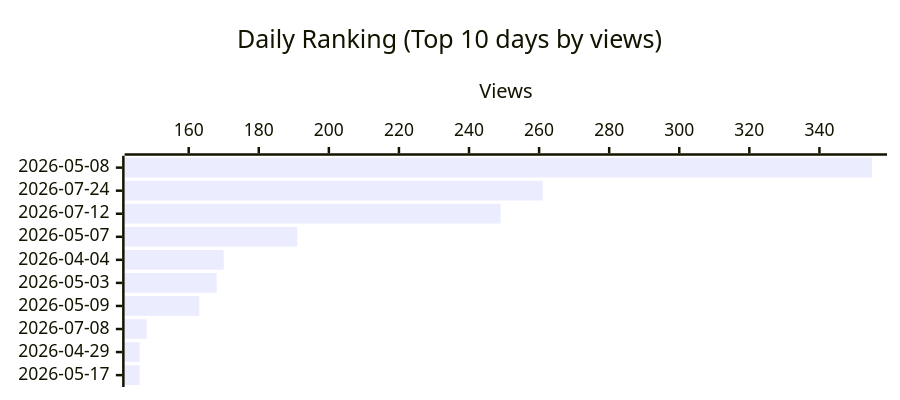
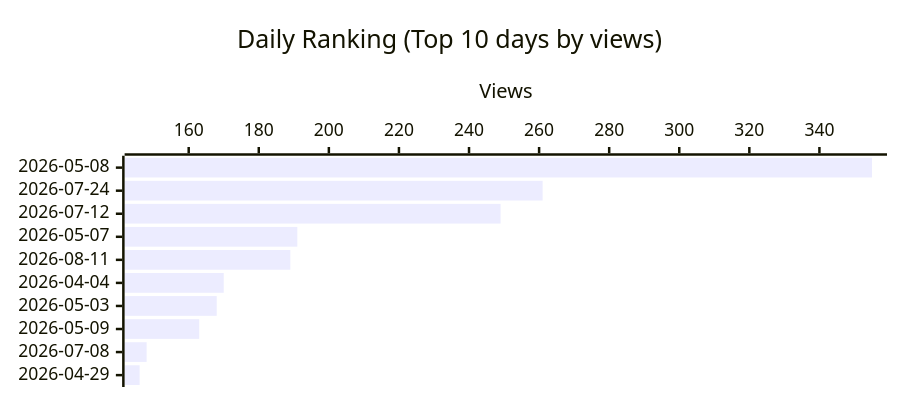
One commit to shigechika/github-insights changed the third of 4 diagrams in README.md. Above: the diagram before and after it, drawn with Mermaid. The commit also changed other lines of this file and 2 other files, not shown here.

````diff
--- a/README.md
+++ b/README.md
@@ -43,12 +43,12 @@
 ```mermaid
 ---
 config:
   xyChart:
     height: 300
 ---
 xychart-beta horizontal
     title "Daily Ranking (Top 10 days by views)"
-    x-axis ["2026-05-08", "2026-07-24", "2026-07-12", "2026-05-07", "2026-04-04", "2026-05-03", "2026-05-09", "2026-07-08", "2026-04-29", "2026-05-17"]
+    x-axis ["2026-05-08", "2026-07-24", "2026-07-12", "2026-05-07", "2026-08-11", "2026-04-04", "2026-05-03", "2026-05-09", "2026-07-08", "2026-04-29"]
     y-axis "Views"
-    bar [355, 261, 249, 191, 170, 168, 163, 148, 146, 146]
+    bar [355, 261, 249, 191, 189, 170, 168, 163, 148, 146]
 ```
````
